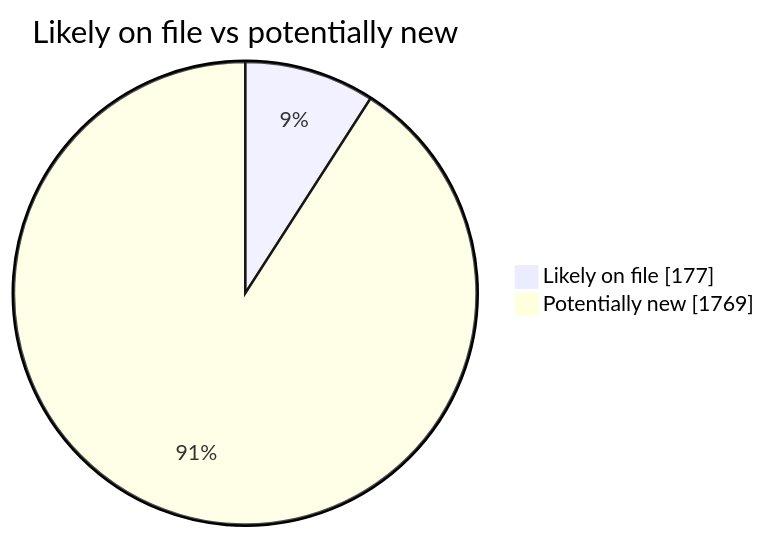
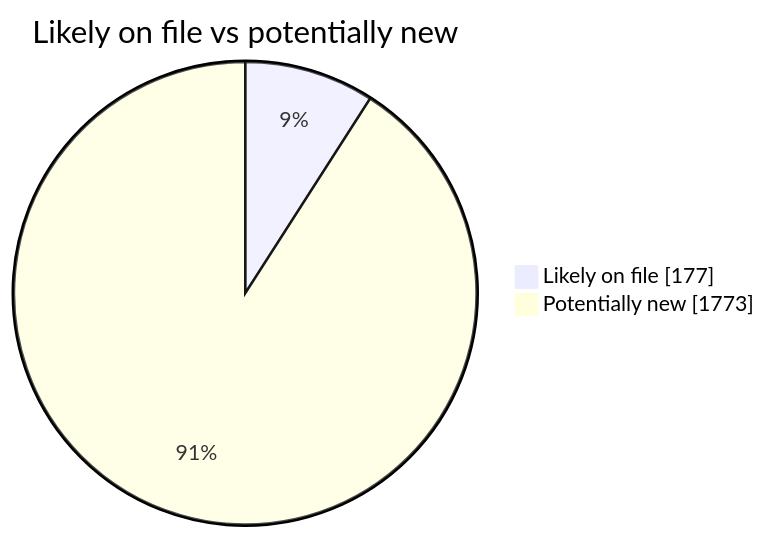
Before and after one commit to martinbalfanz/social-scanner-reports: the second of 4 diagrams in README.md, drawn with Mermaid. The commit also changed other lines of this file and 4 other files, not shown here.

````diff
--- a/README.md
+++ b/README.md
@@ -40,5 +40,5 @@
 ```mermaid
 pie showData title Likely on file vs potentially new
     "Likely on file" : 177
-    "Potentially new" : 1769
+    "Potentially new" : 1773
 ```
````
